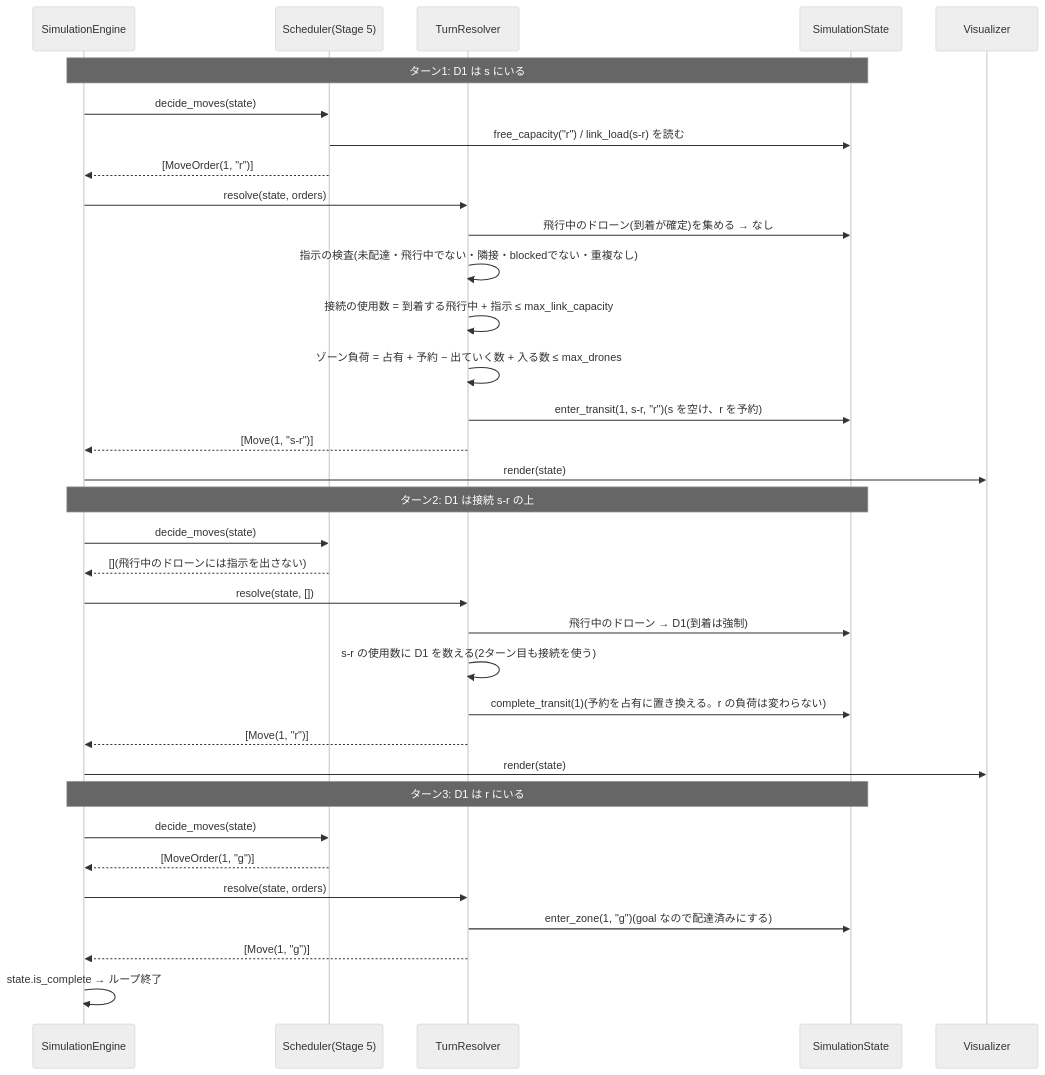
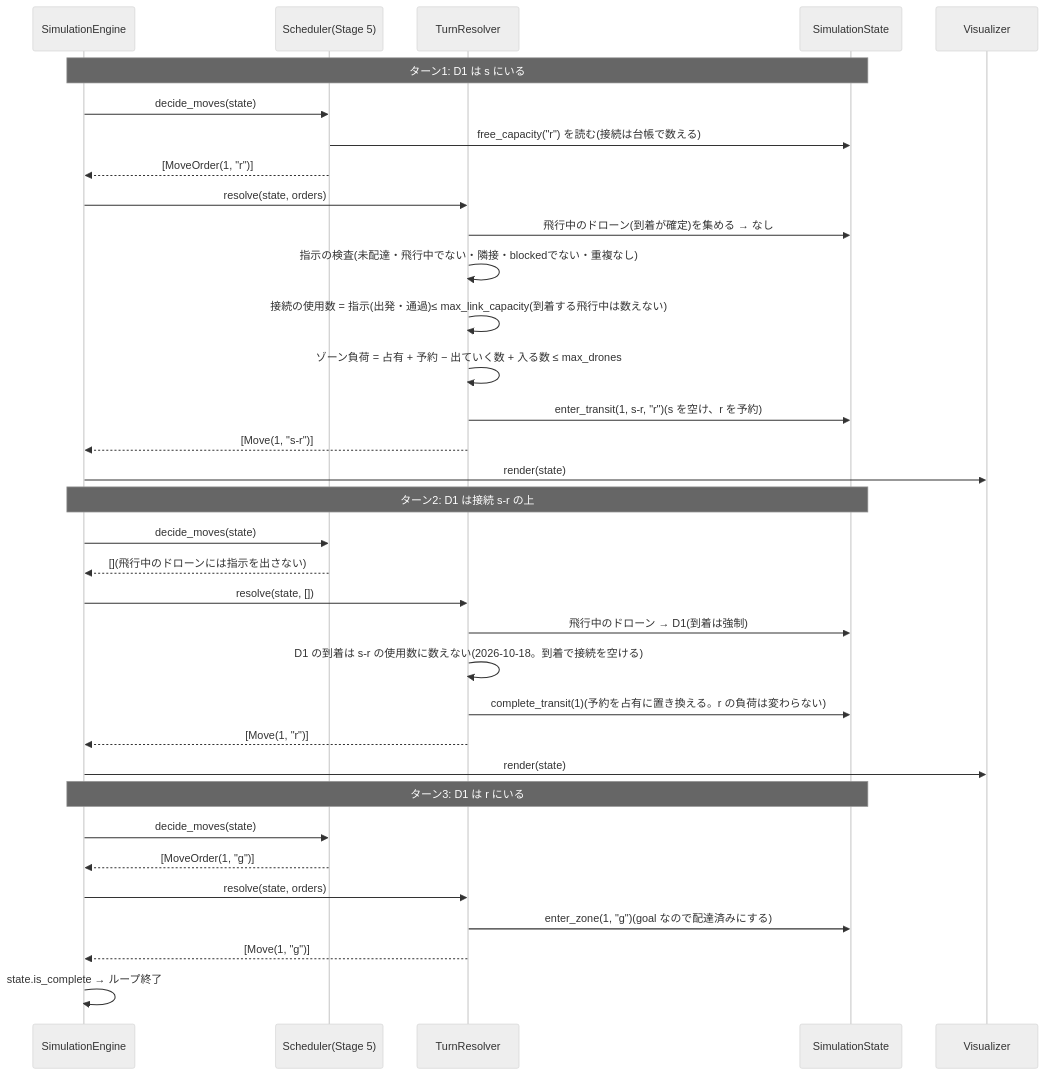
Before and after one commit to saikawakiruya-droid/fly_in: the second of 4 diagrams in docs/research/2026-10-16_workflow-stage4-simulation.md, drawn with Mermaid (neutral theme). The commit also changed other lines of this file and 5 other files, not shown here.

````diff
--- a/docs/research/2026-10-16_workflow-stage4-simulation.md
+++ b/docs/research/2026-10-16_workflow-stage4-simulation.md
@@ -139,39 +139,39 @@
 ```mermaid
 sequenceDiagram
     participant Eng as SimulationEngine
     participant Sch as Scheduler(Stage 5)
     participant Res as TurnResolver
     participant St as SimulationState
     participant Vis as Visualizer
 
     Note over Eng,St: ターン1: D1 は s にいる
     Eng->>Sch: decide_moves(state)
-    Sch->>St: free_capacity("r") / link_load(s-r) を読む
+    Sch->>St: free_capacity("r") を読む(接続は台帳で数える)
     Sch-->>Eng: [MoveOrder(1, "r")]
     Eng->>Res: resolve(state, orders)
     Res->>St: 飛行中のドローン(到着が確定)を集める → なし
     Res->>Res: 指示の検査(未配達・飛行中でない・隣接・blockedでない・重複なし)
-    Res->>Res: 接続の使用数 = 到着する飛行中 + 指示 ≤ max_link_capacity
+    Res->>Res: 接続の使用数 = 指示(出発・通過)≤ max_link_capacity(到着する飛行中は数えない)
     Res->>Res: ゾーン負荷 = 占有 + 予約 − 出ていく数 + 入る数 ≤ max_drones
     Res->>St: enter_transit(1, s-r, "r")(s を空け、r を予約)
     Res-->>Eng: [Move(1, "s-r")]
     Eng->>Vis: render(state)
 
     Note over Eng,St: ターン2: D1 は接続 s-r の上
     Eng->>Sch: decide_moves(state)
     Sch-->>Eng: [](飛行中のドローンには指示を出さない)
     Eng->>Res: resolve(state, [])
     Res->>St: 飛行中のドローン → D1(到着は強制)
-    Res->>Res: s-r の使用数に D1 を数える(2ターン目も接続を使う)
+    Res->>Res: D1 の到着は s-r の使用数に数えない(2026-10-18。到着で接続を空ける)
     Res->>St: complete_transit(1)(予約を占有に置き換える。r の負荷は変わらない)
     Res-->>Eng: [Move(1, "r")]
     Eng->>Vis: render(state)
 
     Note over Eng,St: ターン3: D1 は r にいる
     Eng->>Sch: decide_moves(state)
     Sch-->>Eng: [MoveOrder(1, "g")]
     Eng->>Res: resolve(state, orders)
     Res->>St: enter_zone(1, "g")(goal なので配達済みにする)
     Res-->>Eng: [Move(1, "g")]
     Eng->>Eng: state.is_complete → ループ終了
 ```
````
